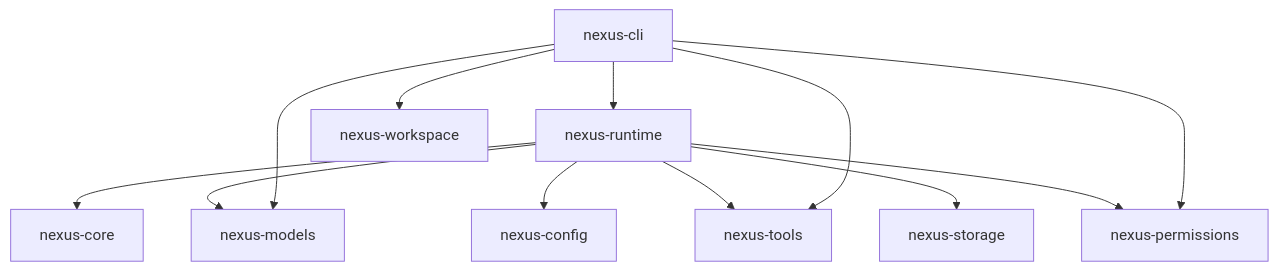
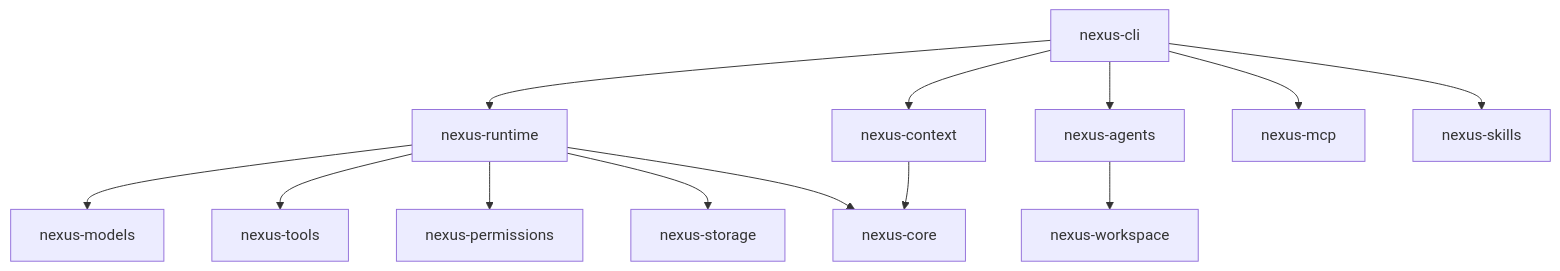
Before and after one commit to timothynn/Nexus: the third of 3 diagrams in README.md, drawn with Mermaid. The commit also changed other lines of this file, not shown here.

Commit message:
docs: mark phase 1 complete and phase 2 complete with current CLI and extension features

````diff
--- a/README.md
+++ b/README.md
@@ -243,15 +349,17 @@
 ```mermaid
 flowchart TD
     CLI[nexus-cli] --> RT[nexus-runtime]
-    CLI --> MODELS[nexus-models]
-    CLI --> TOOLS[nexus-tools]
-    CLI --> PERMS[nexus-permissions]
-    CLI --> WS[nexus-workspace]
+    CLI --> CTX[nexus-context]
+    CLI --> AG[nexus-agents]
+    CLI --> MCP[nexus-mcp]
+    CLI --> SK[nexus-skills]
 
+    RT --> MODELS[nexus-models]
+    RT --> TOOLS[nexus-tools]
+    RT --> PERMS[nexus-permissions]
+    RT --> STORE[nexus-storage]
     RT --> CORE[nexus-core]
-    RT --> MODELS
-    RT --> TOOLS
-    RT --> PERMS
-    RT --> CONFIG[nexus-config]
-    RT --> STORAGE[nexus-storage]
+
+    AG --> WS[nexus-workspace]
+    CTX --> CORE
 ```
````
